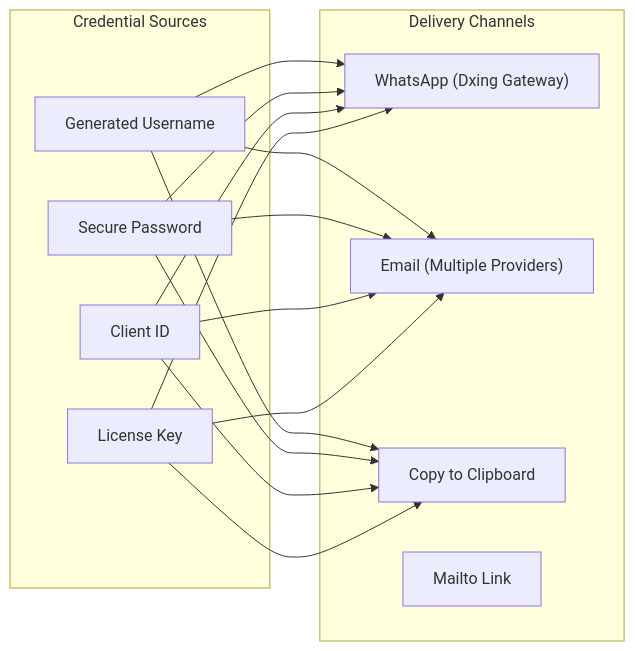
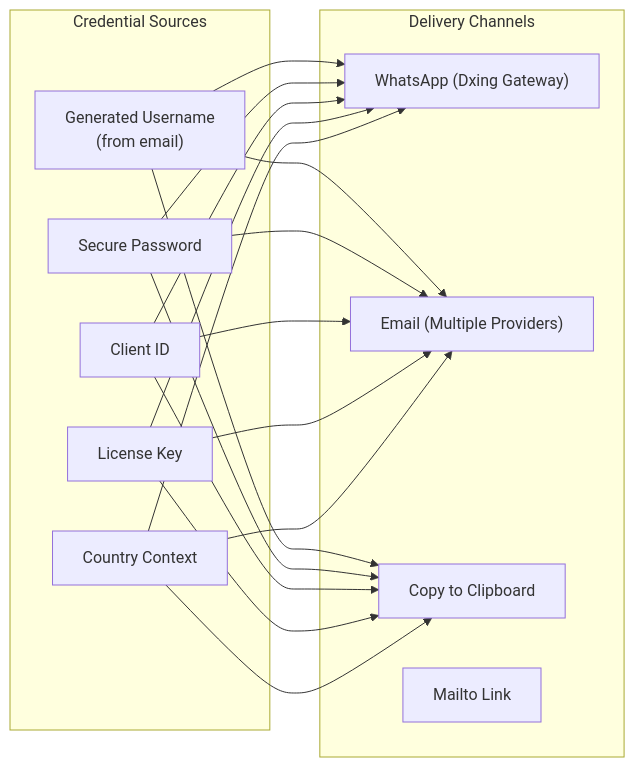
Before and after one commit to imcbsglobal/TRELLISCO_ERP_FRONTEND: the fourth of 4 diagrams in .qoder/repowiki/en/content/Application Architecture/Authentication & Authorization.md, drawn with Mermaid. The commit also changed other lines of this file and 29 other files, not shown here.

````diff
--- a/.qoder/repowiki/en/content/Application Architecture/Authentication & Authorization.md
+++ b/.qoder/repowiki/en/content/Application Architecture/Authentication & Authorization.md
@@ -275,27 +300,31 @@
 ```mermaid
 graph LR
 subgraph "Credential Sources"
-USERNAME["Generated Username"]
+USERNAME["Generated Username<br/>(from email)"]
 PASSWORD["Secure Password"]
 CLIENTID["Client ID"]
 LICENSEKEY["License Key"]
+COUNTRY["Country Context"]
 end
 subgraph "Delivery Channels"
 WHATSAPP["WhatsApp (Dxing Gateway)"]
 EMAIL["Email (Multiple Providers)"]
 COPY["Copy to Clipboard"]
 MAILTO["Mailto Link"]
 end
 USERNAME --> WHATSAPP
 PASSWORD --> WHATSAPP
 CLIENTID --> WHATSAPP
 LICENSEKEY --> WHATSAPP
+COUNTRY --> WHATSAPP
 USERNAME --> EMAIL
 PASSWORD --> EMAIL
 CLIENTID --> EMAIL
 LICENSEKEY --> EMAIL
+COUNTRY --> EMAIL
 USERNAME --> COPY
 PASSWORD --> COPY
 CLIENTID --> COPY
 LICENSEKEY --> COPY
+COUNTRY --> COPY
 ```
````
